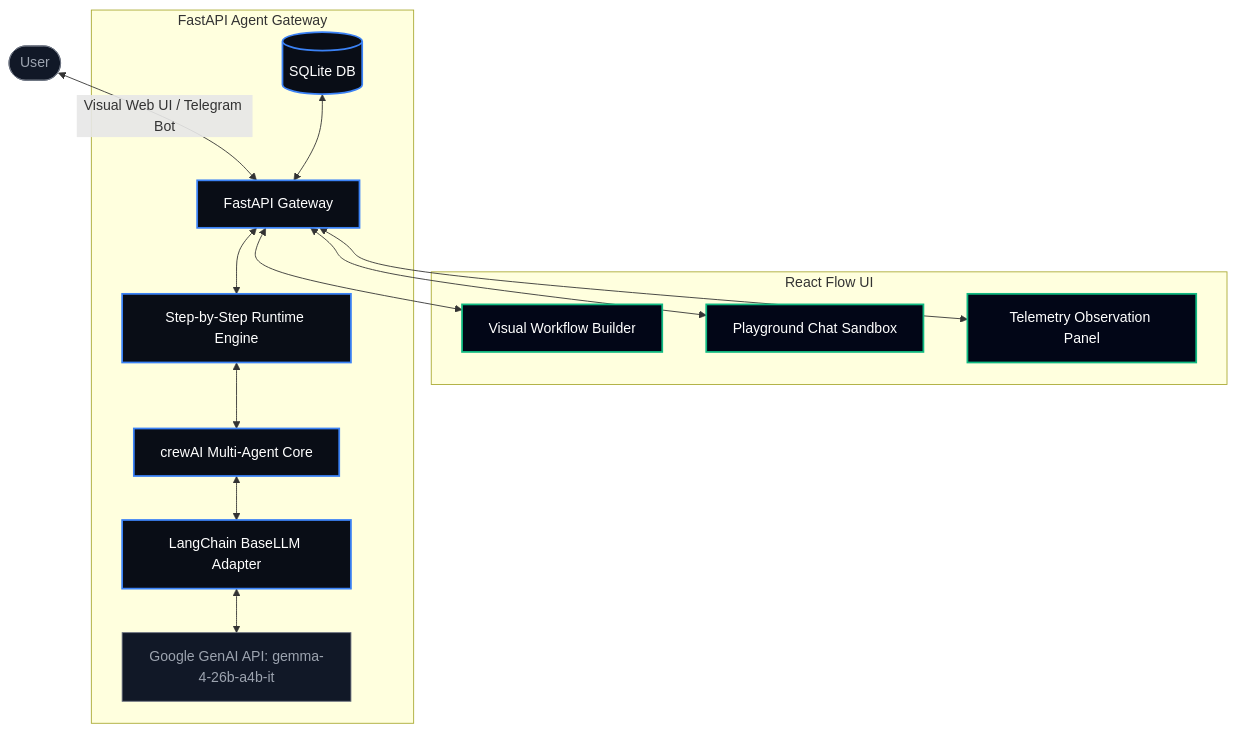
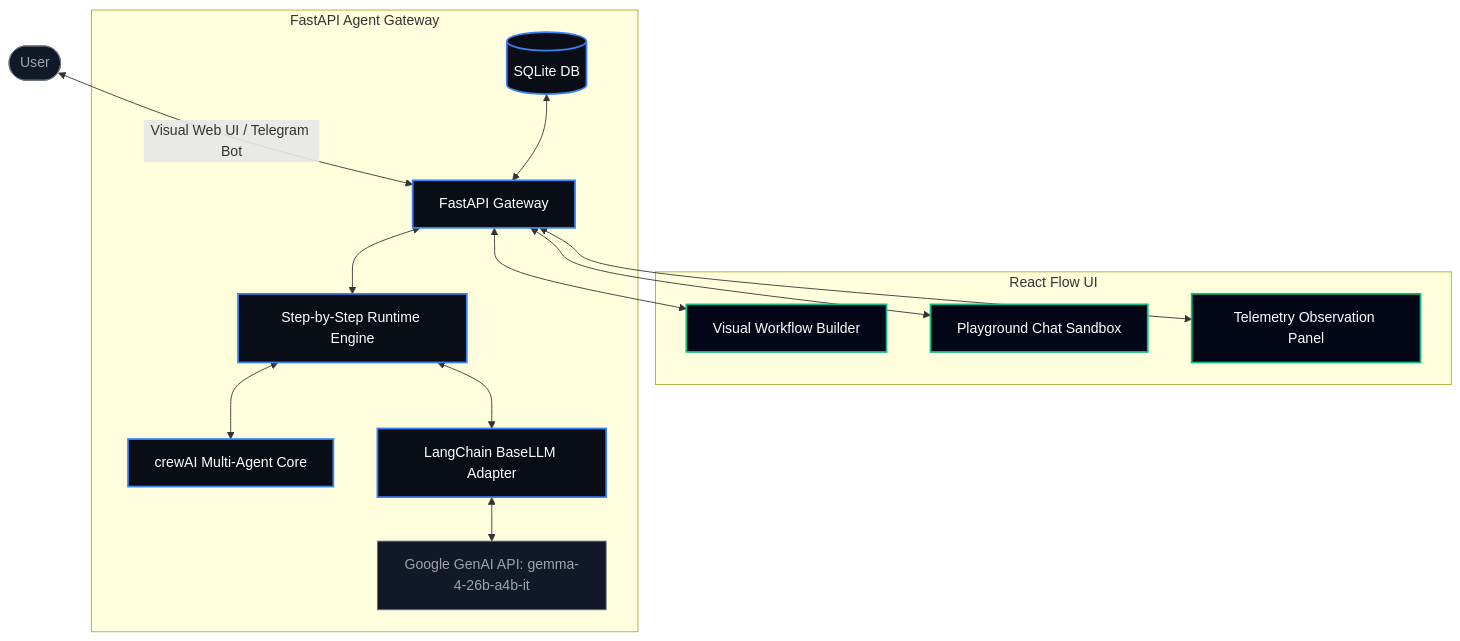
The first of 2 diagrams in README.md (abhishek-agrl/agent-orchestrator), drawn with Mermaid before and after one commit. The commit also changed other lines of this file, not shown here.

````diff
--- a/README.md
+++ b/README.md
@@ -13,30 +13,30 @@
 ```mermaid
 graph TD
     User([User]) <-->|Visual Web UI / Telegram Bot| API[FastAPI Gateway]
     
     subgraph Frontend [React Flow UI]
         Canvas[Visual Workflow Builder]
         Sandbox[Playground Chat Sandbox]
         TelemetryView[Telemetry Observation Panel]
     end
     
     subgraph Backend [FastAPI Agent Gateway]
         DB[(SQLite DB)] <--> API
         API <--> Runtime[Step-by-Step Runtime Engine]
         Runtime <--> CrewAI[crewAI Multi-Agent Core]
-        CrewAI <--> Adapter[LangChain BaseLLM Adapter]
+        Runtime <--> Adapter[LangChain BaseLLM Adapter]
         Adapter <--> LLM[Google GenAI API: gemma-4-26b-a4b-it]
     end
 
     API <--> Canvas
     API <--> Sandbox
     API <--> TelemetryView
     
     classDef ui fill:#020617,stroke:#10b981,stroke-width:2px,color:#fff;
     classDef runtime fill:#090d16,stroke:#3b82f6,stroke-width:2px,color:#fff;
     classDef external fill:#111827,stroke:#6b7280,stroke-width:1px,color:#9ca3af;
     
     class Canvas,Sandbox,TelemetryView ui;
     class API,Runtime,CrewAI,Adapter,DB runtime;
     class User,LLM external;
 ```
````
